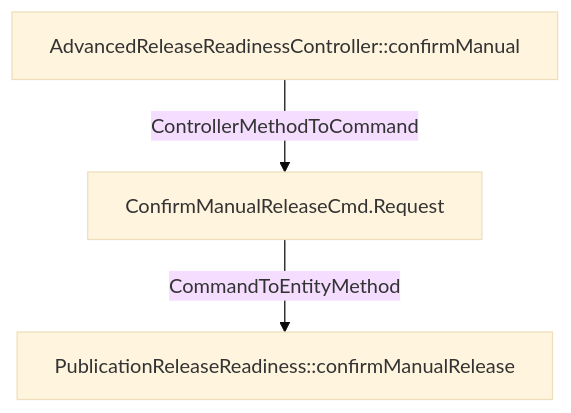
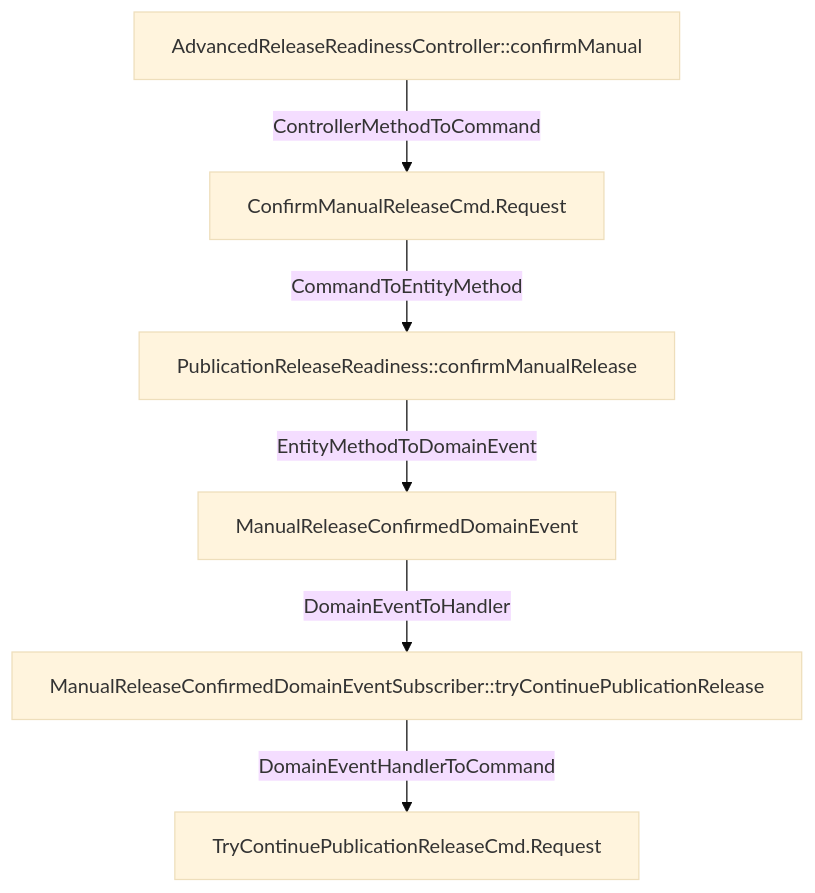
Before and after one commit to LDmoxeii/cap4k-reference-content-studio: the diagram in analysis/flows/com_only4_cap4k_reference_contentstudio_adapter_http_AdvancedReleaseReadinessCon.mmd, drawn with Mermaid (base theme). The commit also changed 44 other files, not shown here.

```diff
--- a/analysis/flows/com_only4_cap4k_reference_contentstudio_adapter_http_AdvancedReleaseReadinessCon.mmd
+++ b/analysis/flows/com_only4_cap4k_reference_contentstudio_adapter_http_AdvancedReleaseReadinessCon.mmd
@@ -1,6 +1,12 @@
 flowchart TD
   N1[AdvancedReleaseReadinessController::confirmManual]
   N2[ConfirmManualReleaseCmd.Request]
-  N3[PublicationReleaseReadiness::confirmManualRelease]
+  N3[TryContinuePublicationReleaseCmd.Request]
+  N4[ManualReleaseConfirmedDomainEventSubscriber::tryContinuePublicationRelease]
+  N5[PublicationReleaseReadiness::confirmManualRelease]
+  N6[ManualReleaseConfirmedDomainEvent]
   N1 -->|ControllerMethodToCommand| N2
-  N2 -->|CommandToEntityMethod| N3
+  N2 -->|CommandToEntityMethod| N5
+  N4 -->|DomainEventHandlerToCommand| N3
+  N5 -->|EntityMethodToDomainEvent| N6
+  N6 -->|DomainEventToHandler| N4
```
